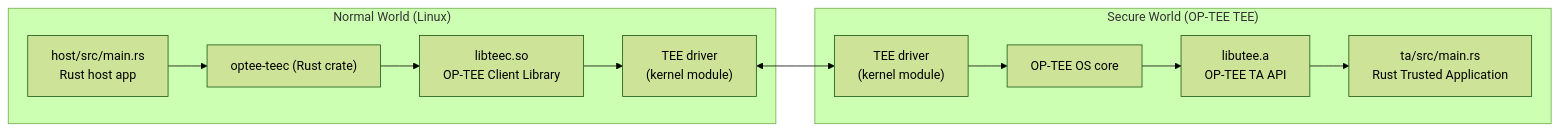
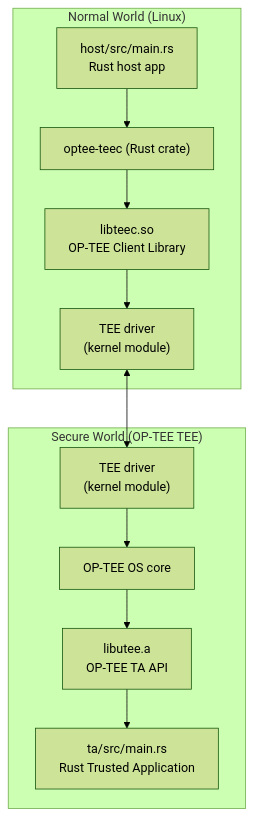
One commit to orlowskilp/stm32-tee-rust-dev-env changed the diagram in README.md. Above: the diagram before and after it, drawn with Mermaid (forest theme).

Commit message:
docs(README): convert architecture diagram to top-down layout
Change Mermaid graph from graph LR (left-right) to graph TD
(top-down) for better readability of the architecture diagram.

````diff
--- a/README.md
+++ b/README.md
@@ -39,24 +39,24 @@
 ```mermaid
-graph LR
+graph TD
     subgraph NormalWorld["Normal World (Linux)"]
         H["host/src/main.rs\nRust host app"]
         TEEC["optee-teec (Rust crate)"]
         LIBTEEC["libteec.so\nOP-TEE Client Library"]
         DRIVER["TEE driver\n(kernel module)"]
     end
 
     subgraph SecureWorld["Secure World (OP-TEE TEE)"]
         DRIVER_S["TEE driver\n(kernel module)"]
         OS["OP-TEE OS core"]
         UTEE["libutee.a\nOP-TEE TA API"]
         TA["ta/src/main.rs\nRust Trusted Application"]
     end
 
     H --> TEEC
     TEEC --> LIBTEEC
     LIBTEEC --> DRIVER
     DRIVER <--> DRIVER_S
     DRIVER_S --> OS
     OS --> UTEE
     UTEE --> TA
 ```
````
